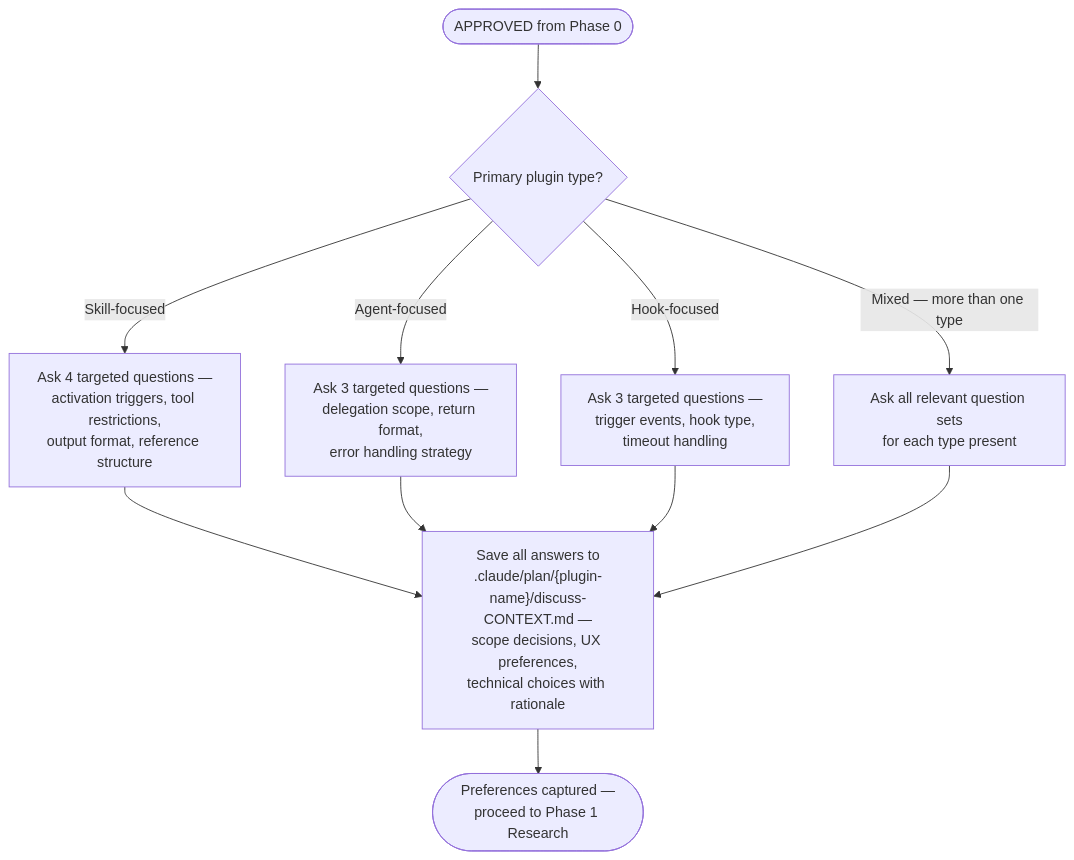
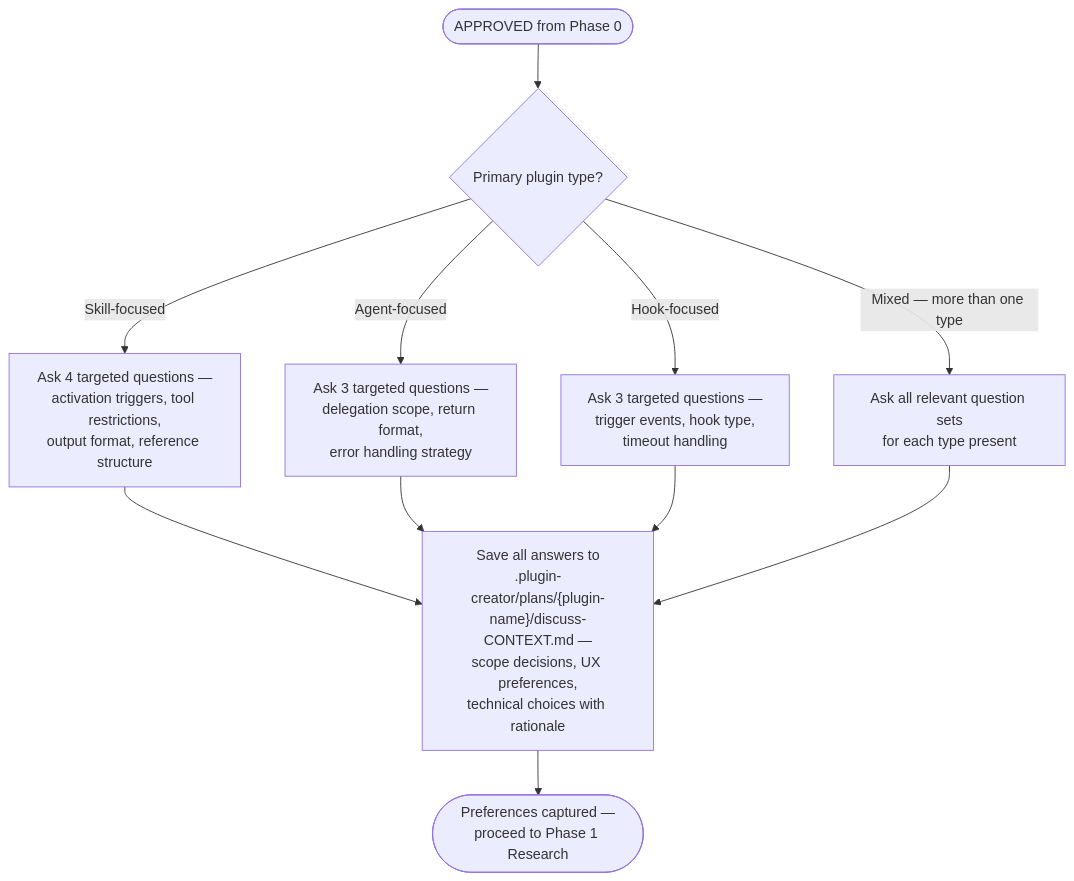
The third of 12 diagrams in plugins/plugin-creator/skills/plugin-creator/references/workflow-diagram.md (chgreer1070/claude_skills), drawn with Mermaid before and after one commit. The commit also changed other lines of this file and 35 other files, not shown here.

First line of the commit message:
refactor(plugins): migrate data output paths from .claude/ to .plugin-creator/ and .tmp/

````diff
--- a/plugins/plugin-creator/skills/plugin-creator/references/workflow-diagram.md
+++ b/plugins/plugin-creator/skills/plugin-creator/references/workflow-diagram.md
@@ -54,17 +54,17 @@
 ```mermaid
 flowchart TD
     Start(["APPROVED from Phase 0"]) --> Q1{"Primary plugin type?"}
 
     Q1 -->|"Skill-focused"| AskSkill["Ask 4 targeted questions —<br>activation triggers, tool restrictions,<br>output format, reference structure"]
     Q1 -->|"Agent-focused"| AskAgent["Ask 3 targeted questions —<br>delegation scope, return format,<br>error handling strategy"]
     Q1 -->|"Hook-focused"| AskHook["Ask 3 targeted questions —<br>trigger events, hook type,<br>timeout handling"]
     Q1 -->|"Mixed — more than one type"| AskAll["Ask all relevant question sets<br>for each type present"]
 
     AskSkill --> Save
     AskAgent --> Save
     AskHook --> Save
     AskAll --> Save
 
-    Save["Save all answers to<br>.claude/plan/{plugin-name}/discuss-CONTEXT.md —<br>scope decisions, UX preferences,<br>technical choices with rationale"]
+    Save["Save all answers to<br>.plugin-creator/plans/{plugin-name}/discuss-CONTEXT.md —<br>scope decisions, UX preferences,<br>technical choices with rationale"]
     Save --> Done(["Preferences captured —<br>proceed to Phase 1 Research"])
 ```
````
